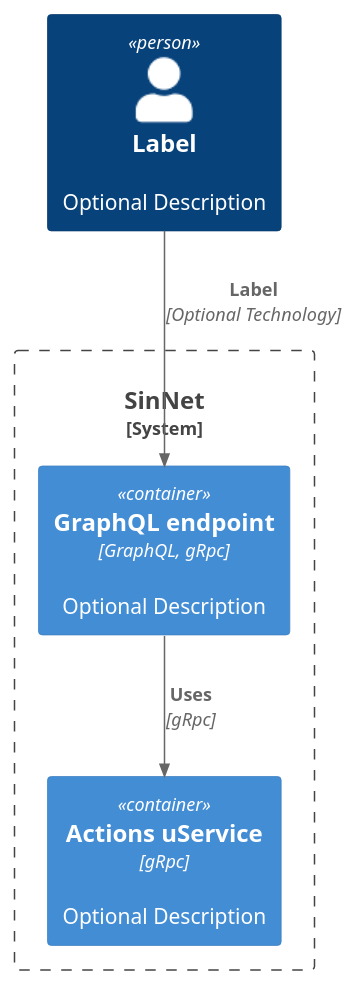
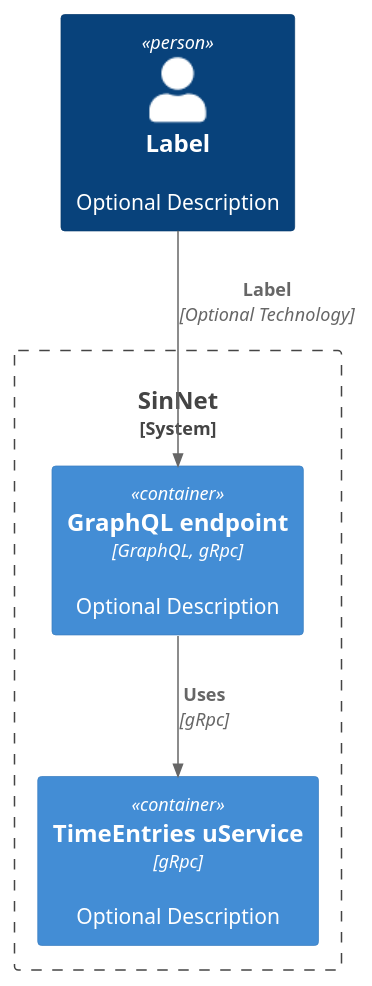
Before and after one commit to onlexnet/sin-net-reports: the diagram in uservice-webapi/C2.puml, drawn with PlantUML. The commit also changed 19 other files, not shown here.

```diff
--- a/uservice-webapi/C2.puml
+++ b/uservice-webapi/C2.puml
@@ -1,13 +1,13 @@
 @startuml C4_Elements
 !include https://raw.githubusercontent.com/plantuml-stdlib/C4-PlantUML/master/C4_Container.puml
 
 Person(personAlias, "Label", "Optional Description")
 
 System_Boundary(c1, "SinNet") {
     Container(WebApiService, "GraphQL endpoint", "GraphQL, gRpc", "Optional Description")
-    Container(ActionService, "Actions uService", "gRpc", "Optional Description")
+    Container(TimeEntriesService, "TimeEntries uService", "gRpc", "Optional Description")
 }
 
 Rel(personAlias, WebApiService, "Label", "Optional Technology")
-Rel(WebApiService, ActionService, "Uses", "gRpc")
+Rel(WebApiService, TimeEntriesService, "Uses", "gRpc")
 @enduml
```
